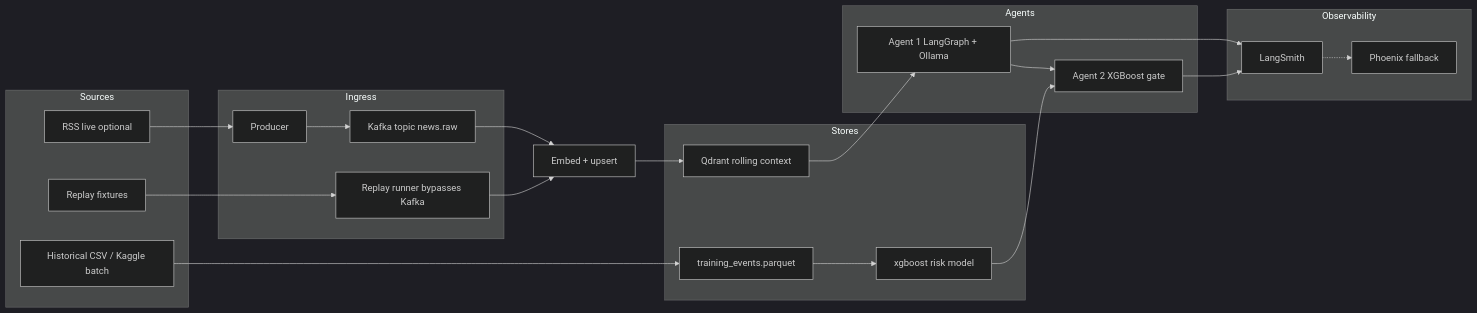
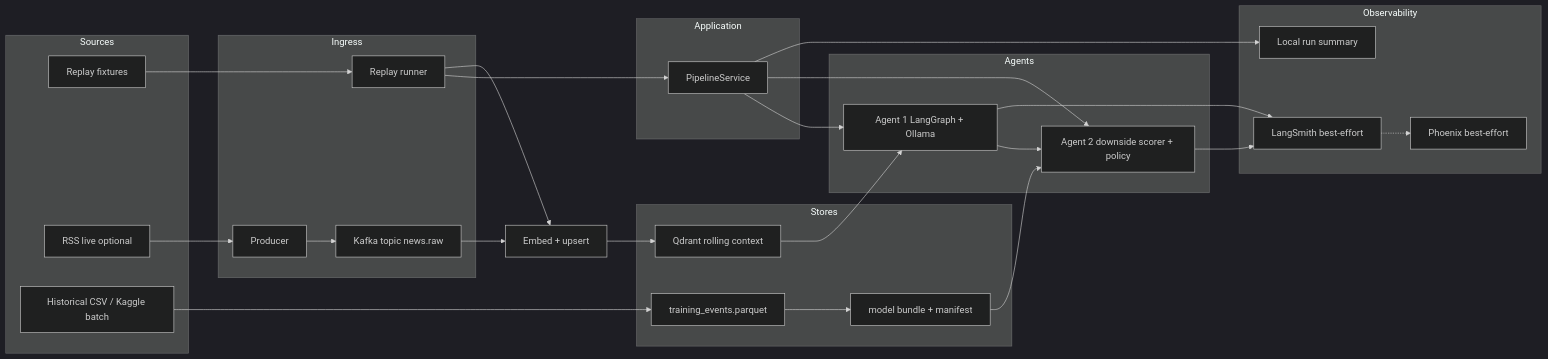
The diagram in docs/ARCHITECTURE.md (Alpha-W0lf/alphaguard), drawn with Mermaid (dark theme) before and after one commit. The commit also changed other lines of this file and 57 other files, not shown here.

````diff
--- a/docs/ARCHITECTURE.md
+++ b/docs/ARCHITECTURE.md
@@ -49,44 +64,52 @@
 ```mermaid
 flowchart LR
   subgraph sources [Sources]
     FIX[Replay fixtures]
     RSS[RSS live optional]
     CSV[Historical CSV / Kaggle batch]
   end
 
   subgraph ingress [Ingress]
     PROD[Producer]
     KFK[Kafka topic news.raw]
-    REPLAY[Replay runner bypasses Kafka]
+    REPLAY[Replay runner]
+  end
+
+  subgraph app [Application]
+    PIPE[PipelineService]
   end
 
   subgraph store [Stores]
     QDR[Qdrant rolling context]
     PQ[training_events.parquet]
-    MOD[xgboost risk model]
+    BUNDLE[model bundle + manifest]
   end
 
   subgraph agents [Agents]
     A1[Agent 1 LangGraph + Ollama]
-    A2[Agent 2 XGBoost gate]
+    A2[Agent 2 downside scorer + policy]
   end
 
   subgraph obs [Observability]
-    LS[LangSmith]
-    PX[Phoenix fallback]
+    LOCAL[Local run summary]
+    LS[LangSmith best-effort]
+    PX[Phoenix best-effort]
   end
 
   CSV --> PQ
-  PQ --> MOD
-  FIX --> REPLAY
+  PQ --> BUNDLE
+  FIX --> REPLAY --> PIPE
   RSS --> PROD --> KFK
   KFK --> EMB[Embed + upsert]
   REPLAY --> EMB
   EMB --> QDR
+  PIPE --> A1
   QDR --> A1
   A1 --> A2
-  MOD --> A2
+  BUNDLE --> A2
+  PIPE --> A2
+  PIPE --> LOCAL
   A1 --> LS
   A2 --> LS
   LS -.-> PX
 ```
````
